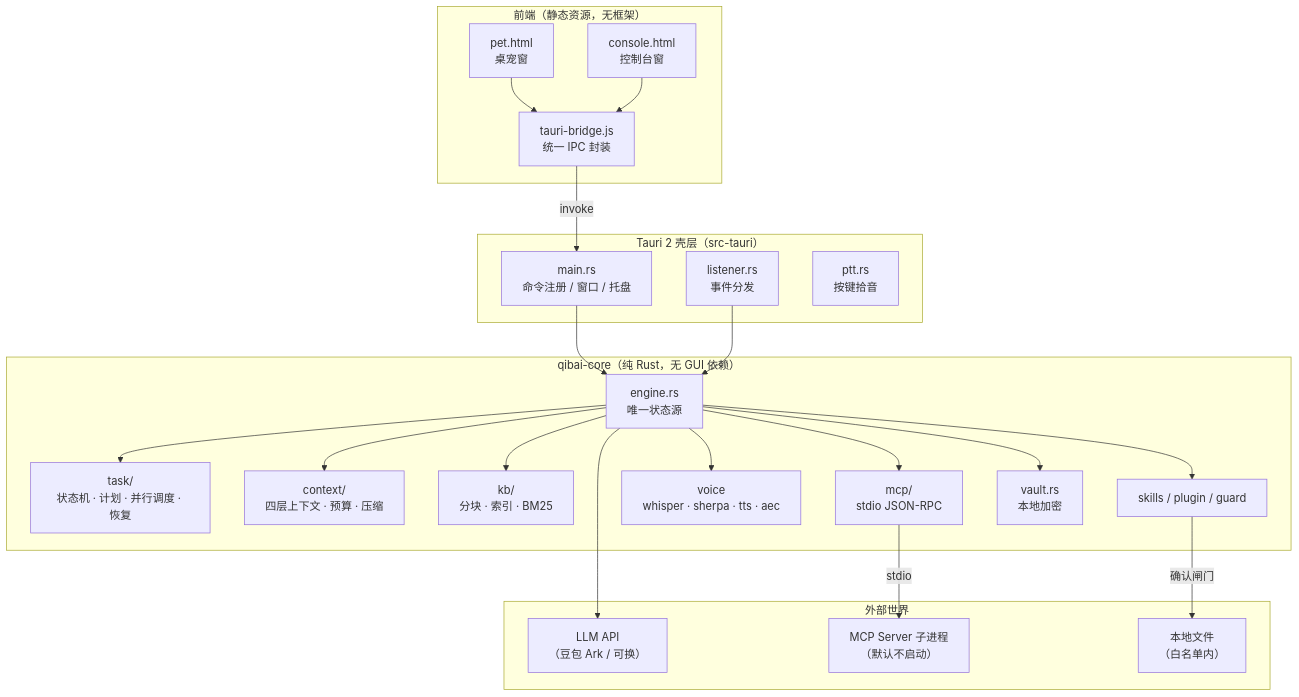
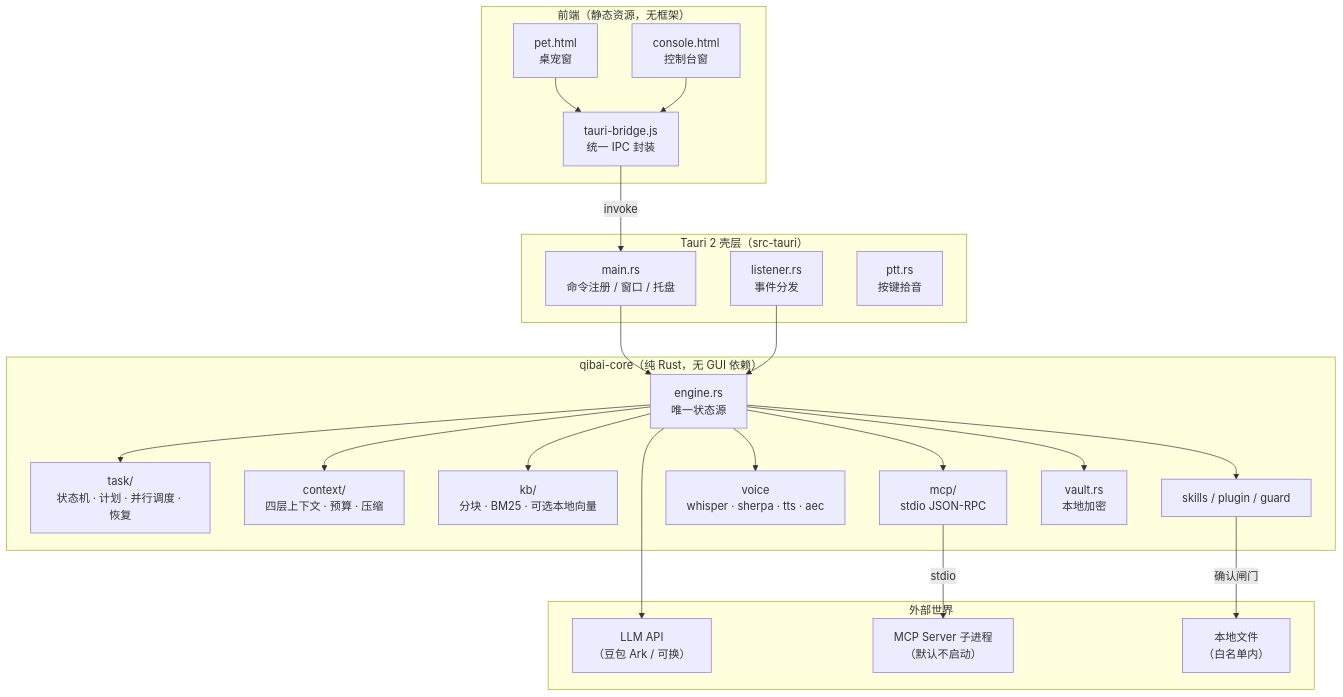
Before and after one commit to AllenD87/qibai: the diagram in README.md, drawn with Mermaid. The commit also changed other lines of this file and 13 other files, not shown here.

````diff
--- a/README.md
+++ b/README.md
@@ -162,40 +162,40 @@
 ```mermaid
 flowchart TB
     subgraph UI["前端（静态资源，无框架）"]
         PET["pet.html<br/>桌宠窗"]
         CON["console.html<br/>控制台窗"]
         BR["tauri-bridge.js<br/>统一 IPC 封装"]
     end
 
     subgraph SHELL["Tauri 2 壳层（src-tauri）"]
         MAIN["main.rs<br/>命令注册 / 窗口 / 托盘"]
         LIS["listener.rs<br/>事件分发"]
         PTT["ptt.rs<br/>按键拾音"]
     end
 
     subgraph CORE["qibai-core（纯 Rust，无 GUI 依赖）"]
         ENG["engine.rs<br/>唯一状态源"]
         TASK["task/<br/>状态机 · 计划 · 并行调度 · 恢复"]
         CTX["context/<br/>四层上下文 · 预算 · 压缩"]
-        KB["kb/<br/>分块 · 索引 · BM25"]
+        KB["kb/<br/>分块 · BM25 · 可选本地向量"]
         MCP["mcp/<br/>stdio JSON-RPC"]
         VOICE["voice<br/>whisper · sherpa · tts · aec"]
         SKILL["skills / plugin / guard"]
         VAULT["vault.rs<br/>本地加密"]
     end
 
     subgraph EXT["外部世界"]
         LLM["LLM API<br/>（豆包 Ark / 可换）"]
         MCPS["MCP Server 子进程<br/>（默认不启动）"]
         FS["本地文件<br/>（白名单内）"]
     end
 
     PET & CON --> BR
     BR -->|invoke| MAIN
     MAIN --> ENG
     LIS --> ENG
     ENG --> TASK & CTX & KB & MCP & VOICE & SKILL & VAULT
     ENG --> LLM
     MCP -->|stdio| MCPS
     SKILL -->|确认闸门| FS
 ```
````
